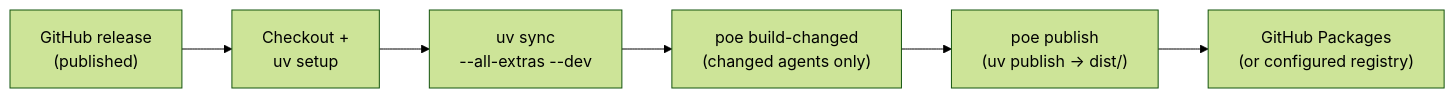
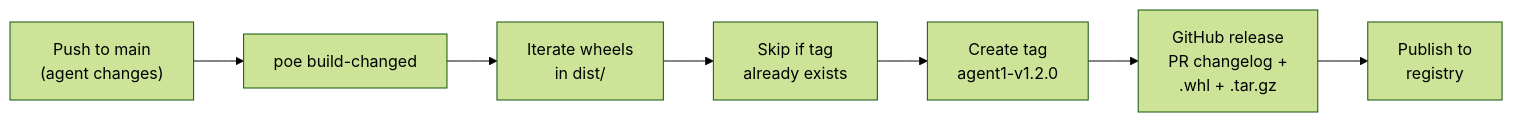
One commit to pmalarme/python-agent-template changed the seventh of 9 diagrams in README.md. Above: the diagram before and after it, drawn with Mermaid (forest theme). The commit also changed other lines of this file and 10 other files, not shown here.

````diff
--- a/README.md
+++ b/README.md
@@ -258,8 +258,9 @@
 ```mermaid
 flowchart LR
-    R0["GitHub release<br/>(published)"] --> R1["Checkout +<br/>uv setup"]
-    R1 --> R2["uv sync<br/>--all-extras --dev"]
-    R2 --> R3["poe build-changed<br/>(changed agents only)"]
-    R3 --> R4["poe publish<br/>(uv publish → dist/)"]
-    R4 --> R5["GitHub Packages<br/>(or configured registry)"]
+    R0["Push to main<br/>(agent changes)"] --> R1["poe build-changed"]
+    R1 --> R2["Iterate wheels<br/>in dist/"]
+    R2 --> R3["Skip if tag<br/>already exists"]
+    R3 --> R4["Create tag<br/>agent1-v1.2.0"]
+    R4 --> R5["GitHub release<br/>PR changelog +<br/>.whl + .tar.gz"]
+    R5 --> R6["Publish to<br/>registry"]
 ```
````
